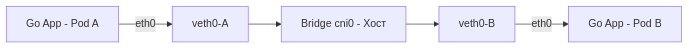
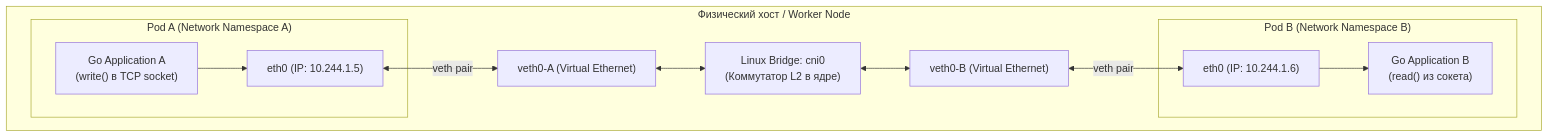
One commit to UnrealTemplier/go-textbook changed the first of 3 diagrams in sources/19. Инфраструктура. Linux, nginx, Docker, Kubernetes/04. Kubernetes/7. Networking в Kubernetes.md. Above: the diagram before and after it, drawn with Mermaid. The commit also changed other lines of this file, not shown here.

````diff
--- a/sources/19. Инфраструктура. Linux, nginx, Docker, Kubernetes/04. Kubernetes/7. Networking в Kubernetes.md
+++ b/sources/19. Инфраструктура. Linux, nginx, Docker, Kubernetes/04. Kubernetes/7. Networking в Kubernetes.md
@@ -23,7 +26,25 @@
 ```mermaid
-flowchart LR
-    A["Go App - Pod A"] -->|"eth0"| B["veth0-A"]
-    B --> C["Bridge cni0 - Хост"]
-    C --> D["veth0-B"]
-    D -->|"eth0"| E["Go App - Pod B"]
+flowchart TD
+    subgraph HostNode["Физический хост / Worker Node"]
+        subgraph PodA["Pod A (Network Namespace A)"]
+            GoA["Go Application A\n(write() в TCP socket)"]
+            EthA["eth0 (IP: 10.244.1.5)"]
+            GoA --> EthA
+        end
+        
+        VethA["veth0-A (Virtual Ethernet)"]
+        Bridge["Linux Bridge: cni0\n(Коммутатор L2 в ядре)"]
+        VethB["veth0-B (Virtual Ethernet)"]
+        
+        subgraph PodB["Pod B (Network Namespace B)"]
+            EthB["eth0 (IP: 10.244.1.6)"]
+            GoB["Go Application B\n(read() из сокета)"]
+            EthB --> GoB
+        end
+        
+        EthA <-->|"veth pair"| VethA
+        VethA <--> Bridge
+        Bridge <--> VethB
+        VethB <-->|"veth pair"| EthB
+    end
 ```
````
